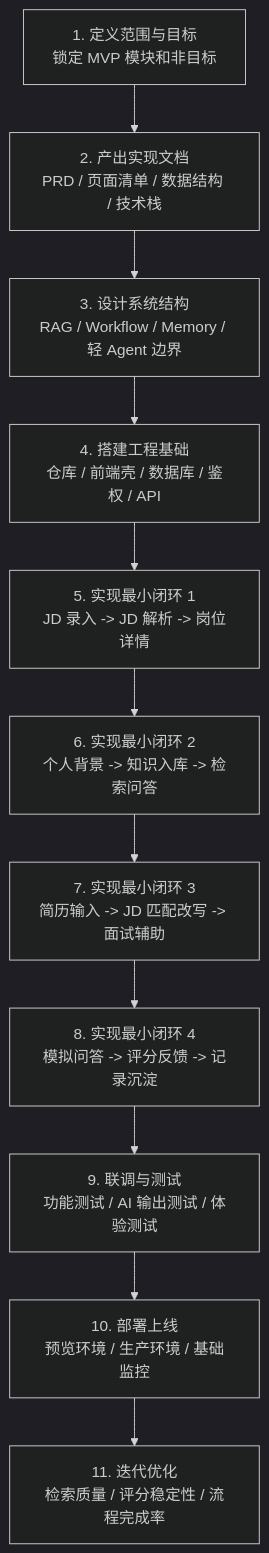
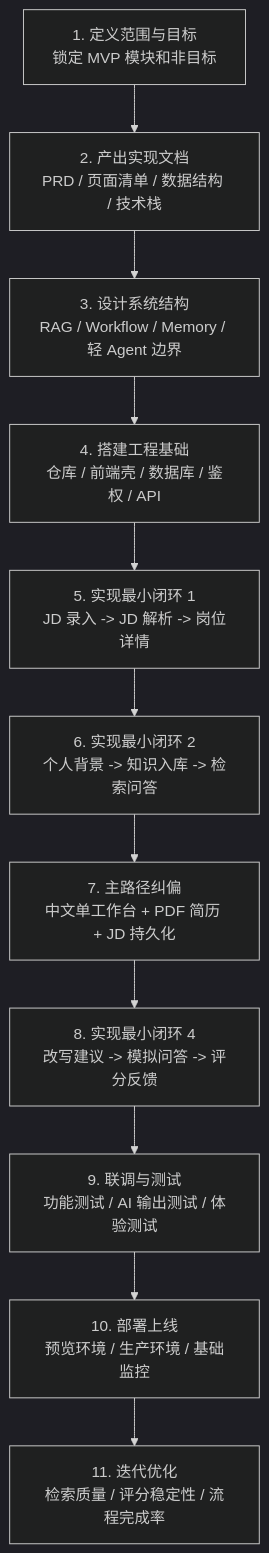
Before and after one commit to JNHFlow21/offerpilot-ai: the diagram in context/OfferPilot_Project_Journey.md, drawn with Mermaid (dark theme). The commit also changed other lines of this file and 4 other files, not shown here.

````diff
--- a/context/OfferPilot_Project_Journey.md
+++ b/context/OfferPilot_Project_Journey.md
@@ -31,13 +31,13 @@
 ```mermaid
 flowchart TD
     A["1. 定义范围与目标<br/>锁定 MVP 模块和非目标"] --> B["2. 产出实现文档<br/>PRD / 页面清单 / 数据结构 / 技术栈"]
     B --> C["3. 设计系统结构<br/>RAG / Workflow / Memory / 轻 Agent 边界"]
     C --> D["4. 搭建工程基础<br/>仓库 / 前端壳 / 数据库 / 鉴权 / API"]
     D --> E["5. 实现最小闭环 1<br/>JD 录入 -> JD 解析 -> 岗位详情"]
     E --> F["6. 实现最小闭环 2<br/>个人背景 -> 知识入库 -> 检索问答"]
-    F --> G["7. 实现最小闭环 3<br/>简历输入 -> JD 匹配改写 -> 面试辅助"]
-    G --> H["8. 实现最小闭环 4<br/>模拟问答 -> 评分反馈 -> 记录沉淀"]
+    F --> G["7. 主路径纠偏<br/>中文单工作台 + PDF 简历 + JD 持久化"]
+    G --> H["8. 实现最小闭环 4<br/>改写建议 -> 模拟问答 -> 评分反馈"]
     H --> I["9. 联调与测试<br/>功能测试 / AI 输出测试 / 体验测试"]
     I --> J["10. 部署上线<br/>预览环境 / 生产环境 / 基础监控"]
     J --> K["11. 迭代优化<br/>检索质量 / 评分稳定性 / 流程完成率"]
 ```
````
